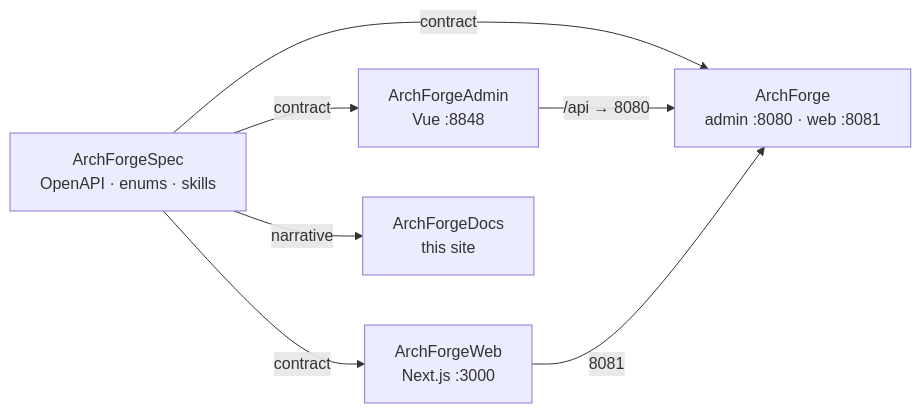
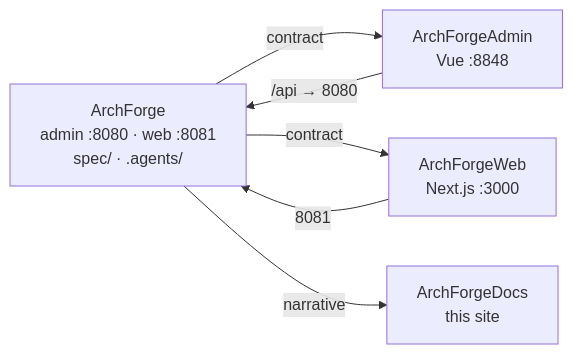
Before and after one commit to sofn/ArchForgeDocs: the diagram in docs/index.md, drawn with Mermaid. The commit also changed other lines of this file and 37 other files, not shown here.

````diff
--- a/docs/index.md
+++ b/docs/index.md
@@ -38,14 +38,12 @@
 ```mermaid
 flowchart LR
-  Spec["ArchForgeSpec<br/>OpenAPI · enums · skills"]
-  Backend["ArchForge<br/>admin :8080 · web :8081"]
+  Backend["ArchForge<br/>admin :8080 · web :8081<br/>spec/ · .agents/"]
   Admin["ArchForgeAdmin<br/>Vue :8848"]
   Web["ArchForgeWeb<br/>Next.js :3000"]
   Docs["ArchForgeDocs<br/>this site"]
-  Spec -->|contract| Backend
-  Spec -->|contract| Admin
-  Spec -->|contract| Web
-  Spec -->|narrative| Docs
+  Backend -->|contract| Admin
+  Backend -->|contract| Web
+  Backend -->|narrative| Docs
   Admin -->|/api → 8080| Backend
   Web -->|8081| Backend
 ```
````
